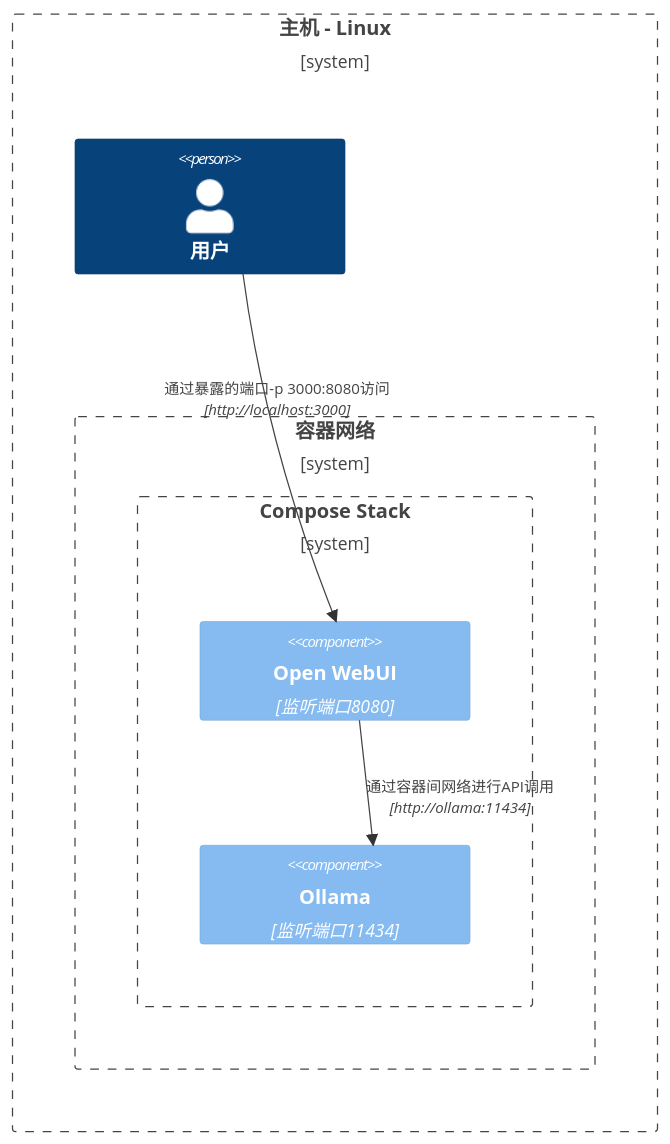
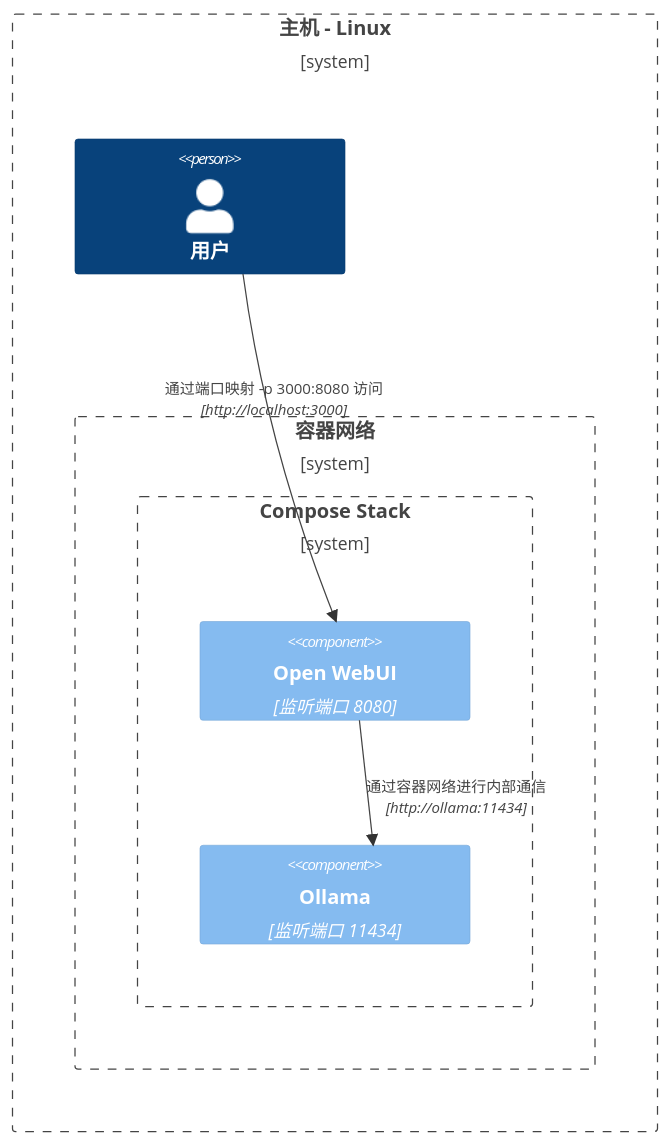
The sixth of 8 diagrams in docs/troubleshooting/network-diagrams.mdx (LazyG9/openwebui-doc-zh), drawn with Mermaid before and after one commit. The commit also changed other lines of this file and 151 other files, not shown here.

````diff
--- a/docs/troubleshooting/network-diagrams.mdx
+++ b/docs/troubleshooting/network-diagrams.mdx
@@ -110,15 +111,15 @@
 ```mermaid
 C4Context
 Boundary(b0, "主机 - Linux") {
    Person(user, "用户")
    Boundary(b1, "容器网络") {
       Boundary(b2, "Compose Stack") {
-         Component(openwebui, "Open WebUI", "监听端口8080")
-         Component(ollama, "Ollama", "监听端口11434")
+         Component(openwebui, "Open WebUI", "监听端口 8080")
+         Component(ollama, "Ollama", "监听端口 11434")
       }
    }
 }
-Rel(openwebui, ollama, "通过容器间网络进行API调用", "http://ollama:11434")
-Rel(user, openwebui, "通过暴露的端口-p 3000:8080访问", "http://localhost:3000")
+Rel(openwebui, ollama, "通过容器网络进行内部通信", "http://ollama:11434")
+Rel(user, openwebui, "通过端口映射 -p 3000:8080 访问", "http://localhost:3000")
 UpdateRelStyle(user, openwebui, $offsetX="-100", $offsetY="-50")
 ```
````
